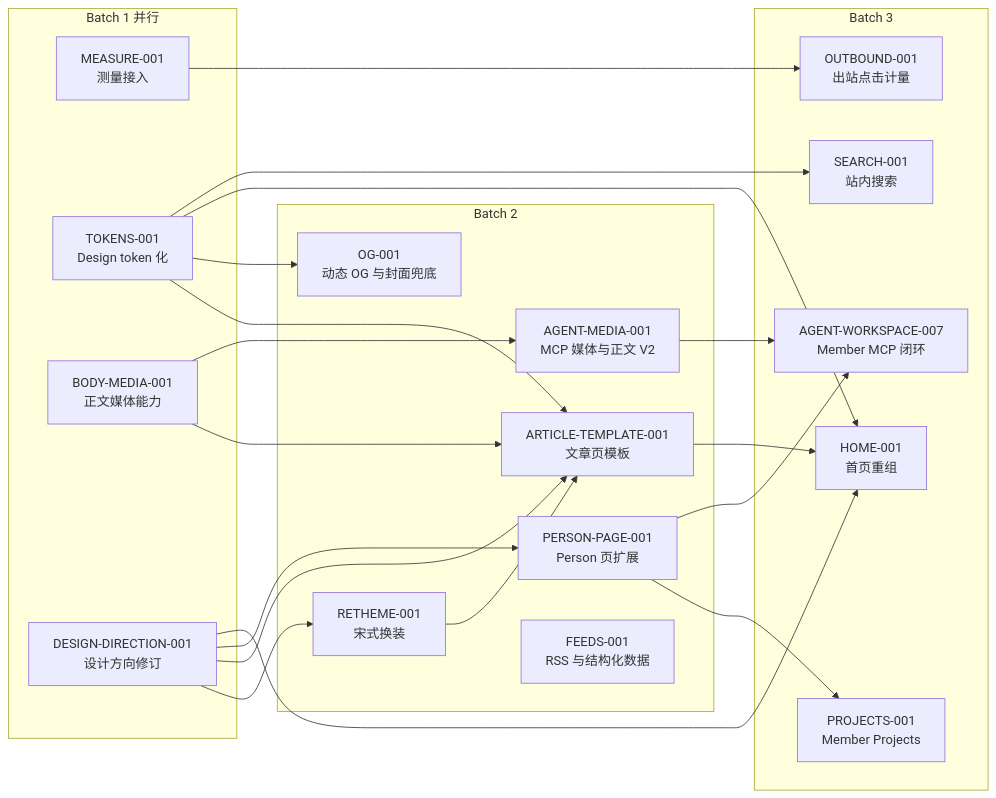
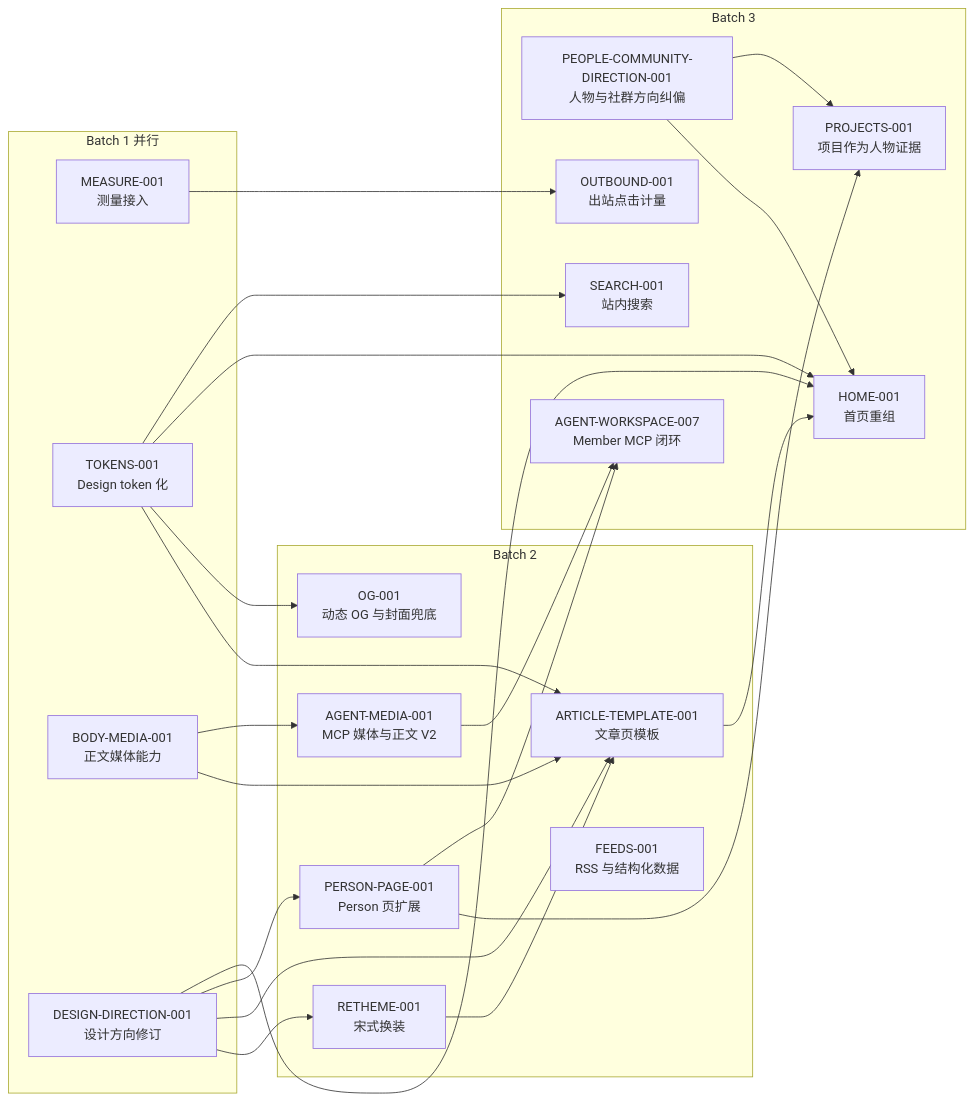
The diagram in docs/roadmap/site-infrastructure-program.md (lonelyreader/chinaknowledge), drawn with Mermaid before and after one commit. The commit also changed other lines of this file and 5 other files, not shown here.

Commit message:
docs(people): register community-first direction

````diff
--- a/docs/roadmap/site-infrastructure-program.md
+++ b/docs/roadmap/site-infrastructure-program.md
@@ -21,40 +23,43 @@
 ```mermaid
 flowchart LR
     subgraph B1["Batch 1 并行"]
       A["MEASURE-001<br/>测量接入"]
       B["TOKENS-001<br/>Design token 化"]
       C["BODY-MEDIA-001<br/>正文媒体能力"]
       D["DESIGN-DIRECTION-001<br/>设计方向修订"]
     end
     subgraph B2["Batch 2"]
       R["RETHEME-001<br/>宋式换装"]
       E["ARTICLE-TEMPLATE-001<br/>文章页模板"]
       F["OG-001<br/>动态 OG 与封面兜底"]
       G["AGENT-MEDIA-001<br/>MCP 媒体与正文 V2"]
       H["PERSON-PAGE-001<br/>Person 页扩展"]
       M["FEEDS-001<br/>RSS 与结构化数据"]
     end
     subgraph B3["Batch 3"]
+      Q["PEOPLE-COMMUNITY-DIRECTION-001<br/>人物与社群方向纠偏"]
       O["HOME-001<br/>首页重组"]
-      I["PROJECTS-001<br/>Member Projects"]
+      I["PROJECTS-001<br/>项目作为人物证据"]
       J["AGENT-WORKSPACE-007<br/>Member MCP 闭环"]
       L["SEARCH-001<br/>站内搜索"]
       N["OUTBOUND-001<br/>出站点击计量"]
     end
     D --> R
     R --> E
     B --> E
     D --> E
     C --> E
     B --> F
     C --> G
     G --> J
     D --> H
     B --> O
     D --> O
     E --> O
     H --> I
+    Q --> O
+    Q --> I
     H --> J
     B --> L
     A --> N
 ```
````
